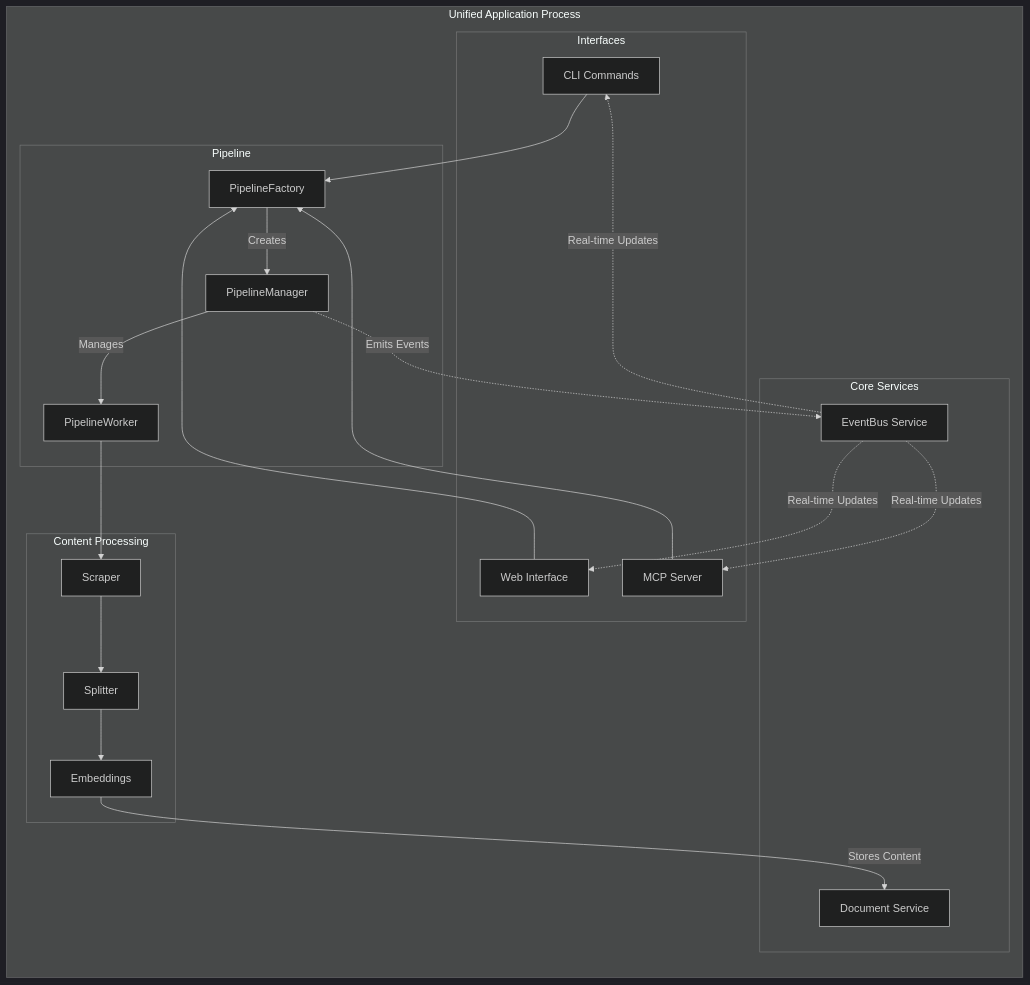
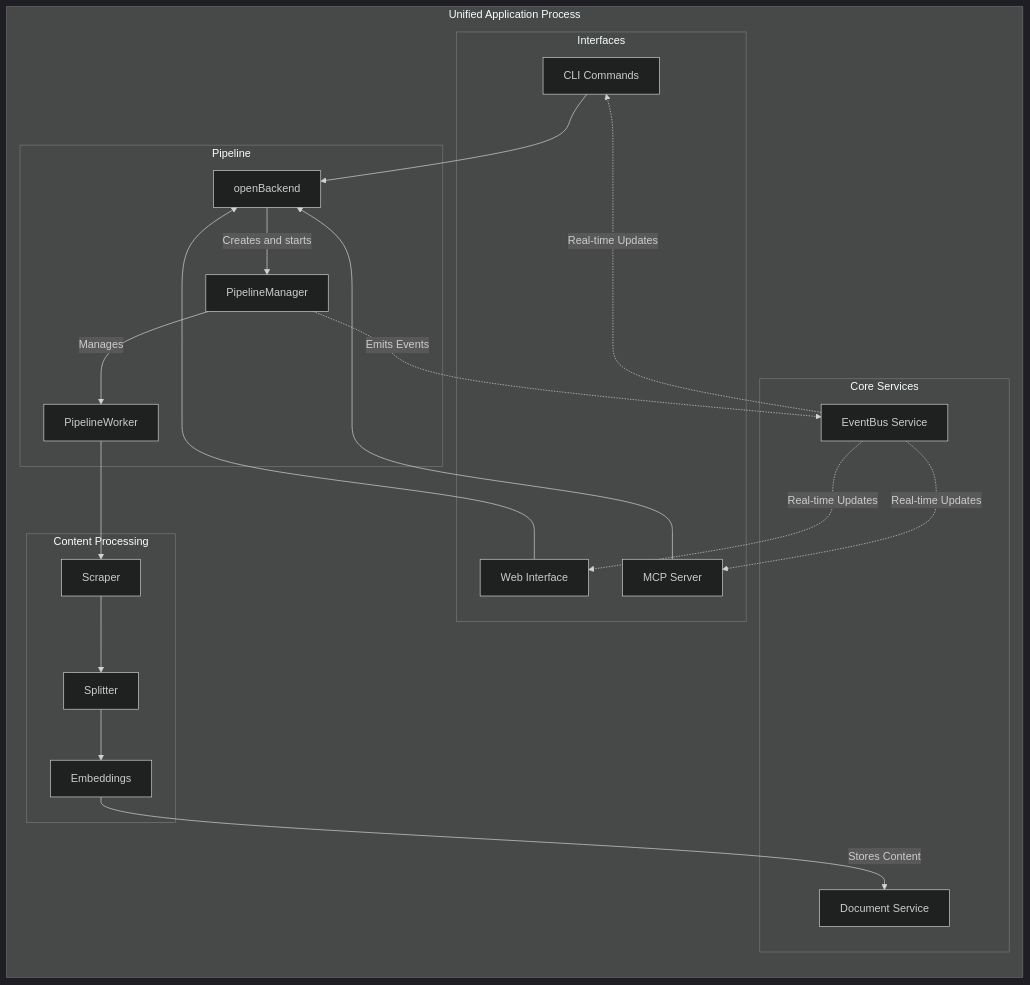
The first of 2 diagrams in ARCHITECTURE.md (arabold/docs-mcp-server), drawn with Mermaid (dark theme) before and after one commit. The commit also changed other lines of this file and 86 other files, not shown here.

````diff
--- a/ARCHITECTURE.md
+++ b/ARCHITECTURE.md
@@ -92,44 +91,44 @@
 ```mermaid
 graph TD
     subgraph "Unified Application Process"
         direction TB
 
         subgraph "Interfaces"
             CLI[CLI Commands]
             WEB[Web Interface]
             MCP[MCP Server]
         end
 
         subgraph "Core Services"
             EB[EventBus Service]
             DOC[Document Service]
         end
 
         subgraph "Pipeline"
-            FACTORY[PipelineFactory]
+            BACKEND[openBackend]
             MANAGER[PipelineManager]
             WORKER[PipelineWorker]
         end
 
         subgraph "Content Processing"
             SCRAPER[Scraper]
             SPLITTER[Splitter]
             EMBEDDER[Embeddings]
         end
 
         %% Command Flow
-        CLI & WEB & MCP --> FACTORY
-        FACTORY -->|Creates| MANAGER
+        CLI & WEB & MCP --> BACKEND
+        BACKEND -->|Creates and starts| MANAGER
         MANAGER -->|Manages| WORKER
         WORKER --> SCRAPER
         SCRAPER --> SPLITTER
         SPLITTER --> EMBEDDER
 
         %% Event Flow
         MANAGER -.->|Emits Events| EB
         EB -.->|Real-time Updates| CLI & WEB & MCP
 
         %% Data Flow
         EMBEDDER -->|Stores Content| DOC
     end
 ```
````
